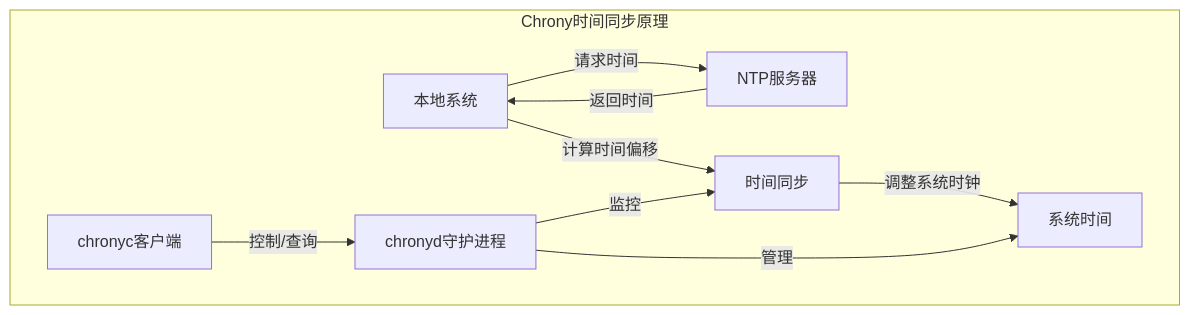
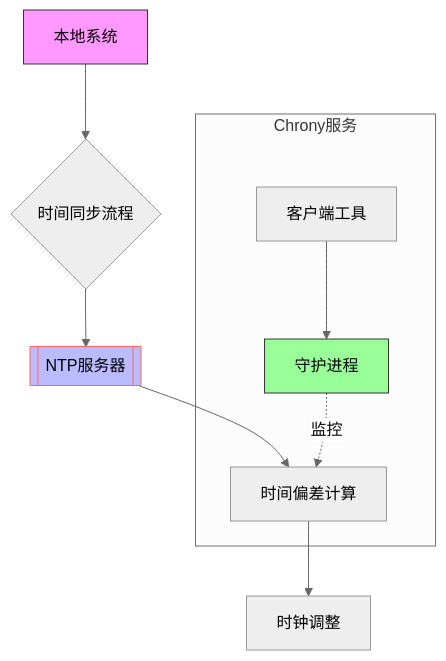
The first of 2 diagrams in Linux基础知识/day7-Linux时间同步服务.md (Tender-Liu/LinuxDevOps), drawn with Mermaid before and after one commit. The commit also changed other lines of this file, not shown here.

````diff
--- a/Linux基础知识/day7-Linux时间同步服务.md
+++ b/Linux基础知识/day7-Linux时间同步服务.md
@@ -56,16 +57,17 @@
 ```mermaid
-graph TB
-    subgraph "Chrony时间同步原理"
-        A[本地系统] -->|请求时间| B[NTP服务器]
-        B -->|返回时间| A
-        
-        A -->|计算时间偏移| C[时间同步]
-        C -->|调整系统时钟| D[系统时间]
-        
-        E[chronyd守护进程] -->|监控| C
-        E -->|管理| D
-        
-        F[chronyc客户端] -->|控制/查询| E
+%%{init: {'theme': 'neutral'}}%%
+flowchart TD
+    A[本地系统] --> B{时间同步流程}
+    B --> C[[NTP服务器]]
+    C --> D[时间偏差计算]
+    D --> E[时钟调整]
+    
+    subgraph Chrony服务
+        F[守护进程] -.->|监控| D
+        G[客户端工具] --> F
     end
-
+    
+    style A fill:#f9f,stroke:#333
+    style C fill:#bbf,stroke:#f66
+    style F fill:#9f9,stroke:#333
 ```
````
